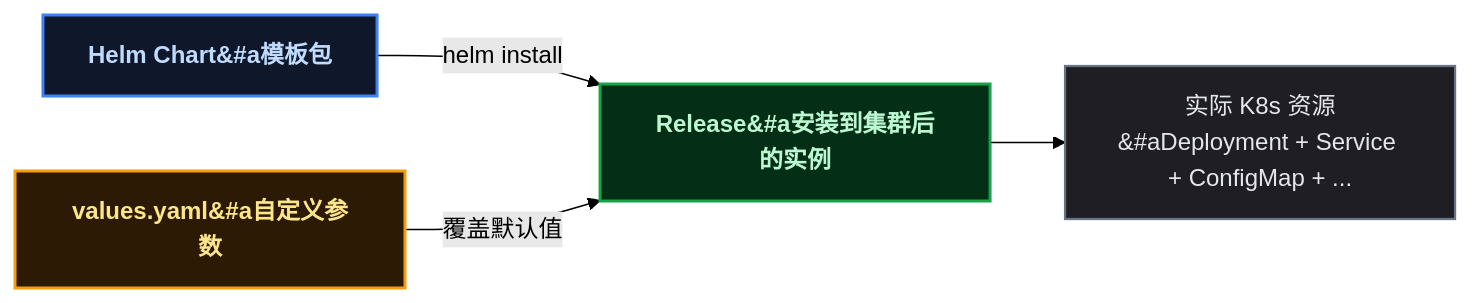
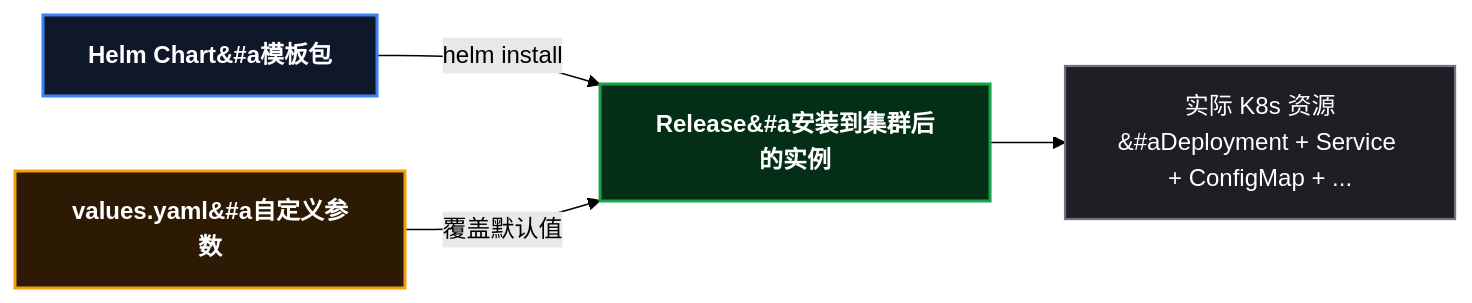
The second of 5 diagrams in content/posts/kubernetes/K8sDeveloperPanorama.md (yaocat55/yaocat55.github.io), drawn with Mermaid (forest theme) before and after one commit. The commit also changed other lines of this file and 27 other files, not shown here.

Commit message:
docs: 全系列 93 张 Mermaid 图 classDef 改为 style 强制深底白字(修复部分渲染器白底浅字)+历史文件格式清理

````diff
--- a/content/posts/kubernetes/K8sDeveloperPanorama.md
+++ b/content/posts/kubernetes/K8sDeveloperPanorama.md
@@ -186,23 +185,15 @@
 ```mermaid
 flowchart LR
   CHART["Helm Chart&#a模板包"]
   VALUES["values.yaml&#a自定义参数"]
   RELEASE["Release&#a安装到集群后的实例"]
   RES["实际 K8s 资源&#aDeployment + Service + ConfigMap + ..."]
 
   CHART -->|"helm install"| RELEASE
   VALUES -->|"覆盖默认值"| RELEASE
   RELEASE --> RES
-
-classDef chart fill:#0f172a,stroke:#3b82f6,stroke-width:2px,color:#bfdbfe,font-weight:bold;
-  class CHART chart
-
-classDef values fill:#2d1a05,stroke:#f59e0b,stroke-width:2px,color:#fde68a,font-weight:bold;
-  class VALUES values
-
-classDef release fill:#052e16,stroke:#16a34a,stroke-width:2px,color:#bbf7d0,font-weight:bold;
-  class RELEASE release
-
-classDef res fill:#1e1e24,stroke:#6b7280,stroke-width:1.5px,color:#e5e7eb;
-  class RES res
+    style CHART fill:#0f172a,stroke:#3b82f6,stroke-width:2px,color:#ffffff,font-weight:bold
+    style VALUES fill:#2d1a05,stroke:#f59e0b,stroke-width:2px,color:#ffffff,font-weight:bold
+    style RELEASE fill:#052e16,stroke:#16a34a,stroke-width:2px,color:#ffffff,font-weight:bold
+    style RES fill:#1e1e24,stroke:#6b7280,stroke-width:1.5px,color:#ffffff
 ```
````
